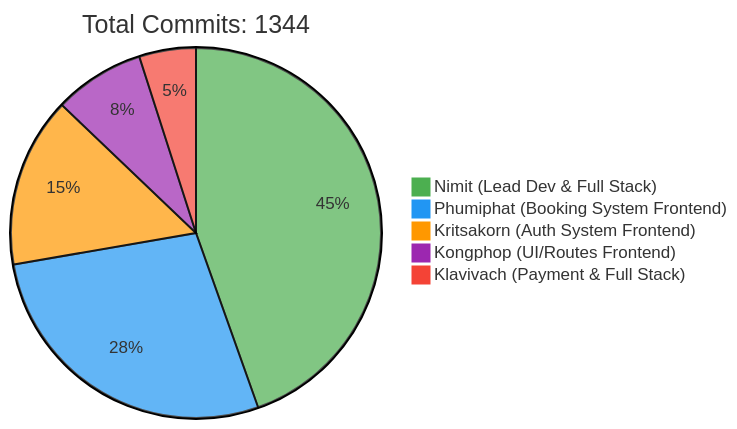
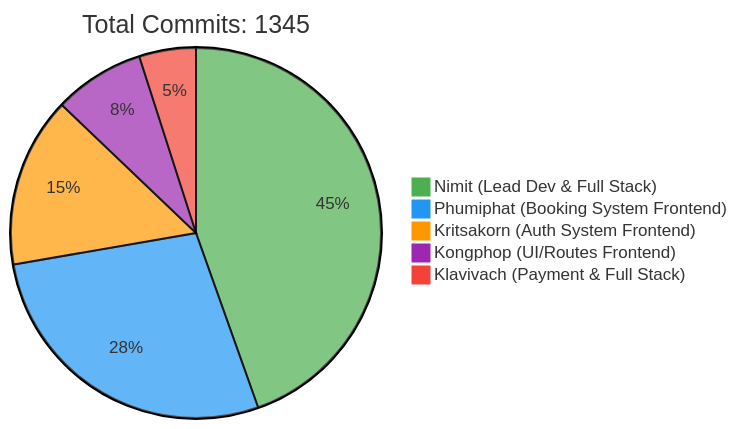
The first of 2 diagrams in README.md (6531503042/Sport-Complex), drawn with Mermaid before and after one commit. The commit also changed other lines of this file, not shown here.

Commit message:
docs: Update contributor statistics [skip ci]

````diff
--- a/README.md
+++ b/README.md
@@ -257,10 +257,10 @@
 ```mermaid
 %%{init: {'theme': 'base', 'themeVariables': { 'pie1': '#4CAF50', 'pie2': '#2196F3', 'pie3': '#FF9800', 'pie4': '#9C27B0', 'pie5': '#F44336'}}}%%
 pie
-    title Total Commits: 1344
+    title Total Commits: 1345
     "Nimit (Lead Dev & Full Stack)" : 450
     "Phumiphat (Booking System Frontend)" : 280
     "Kritsakorn (Auth System Frontend)" : 150
     "Kongphop (UI/Routes Frontend)" : 80
     "Klavivach (Payment & Full Stack)" : 50
 ```
````
